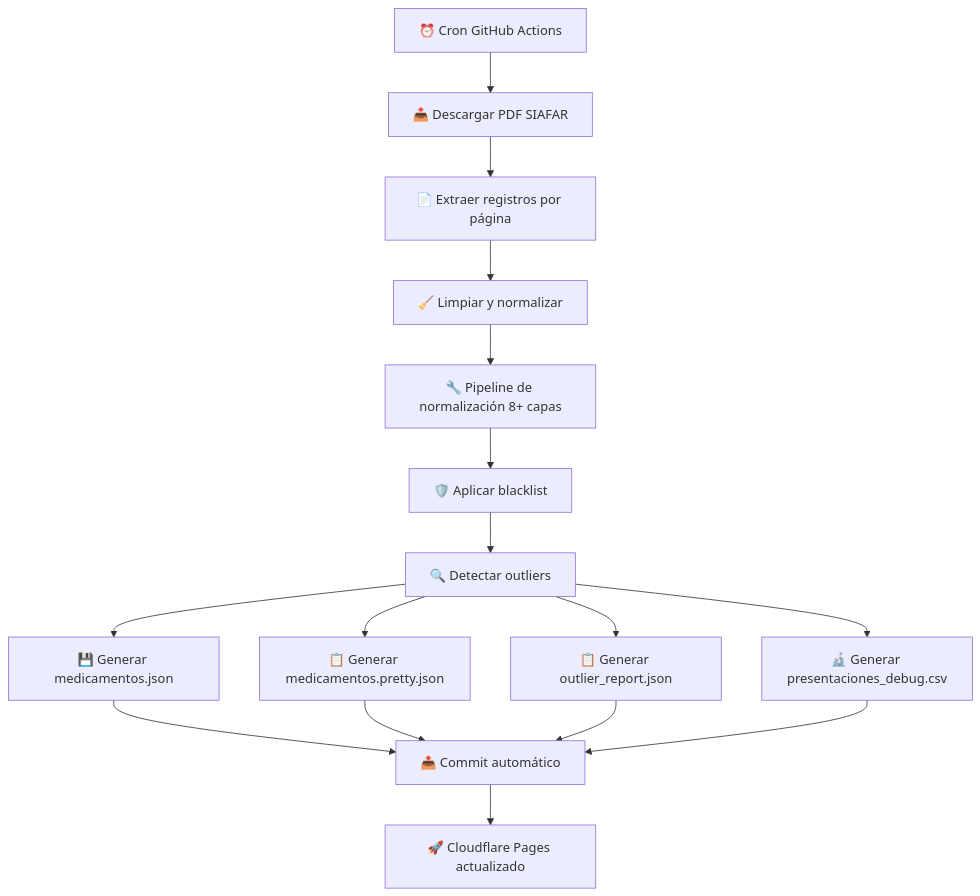
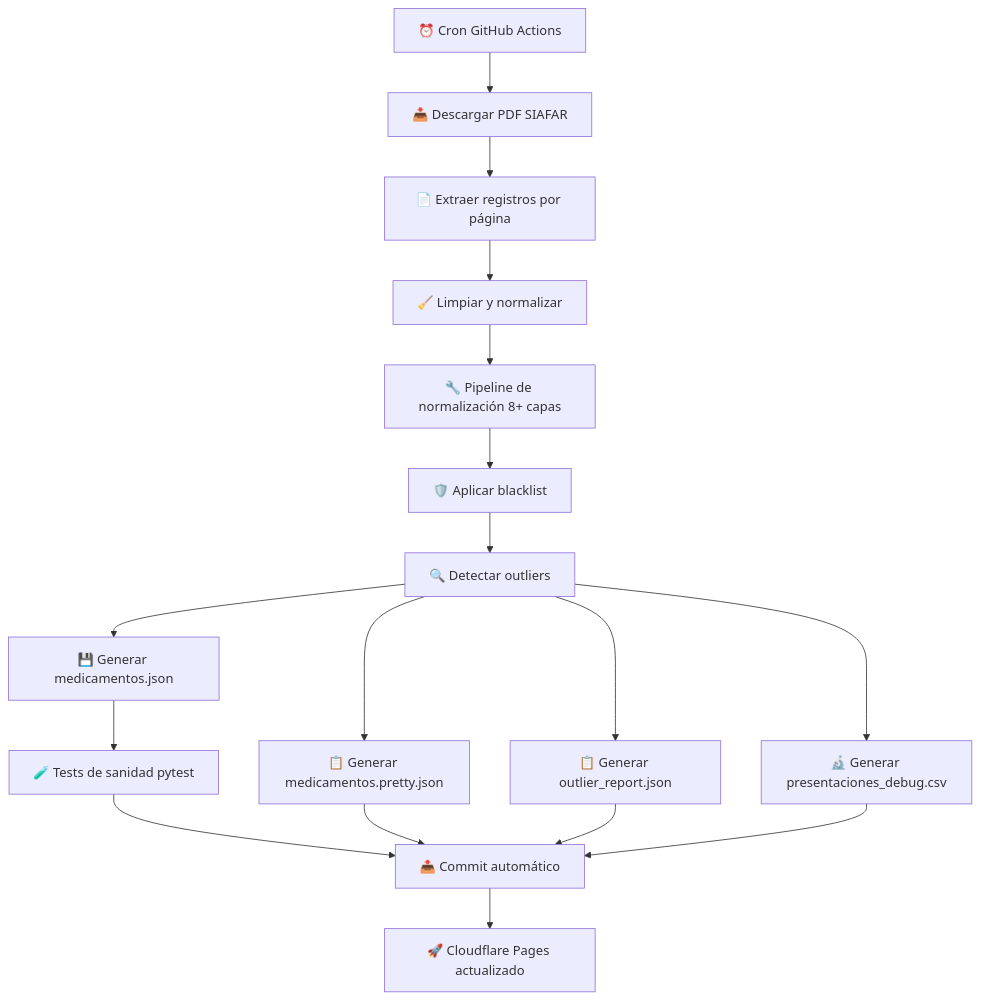
One commit to psbella/remediar changed the second of 9 diagrams in README.md. Above: the diagram before and after it, drawn with Mermaid. The commit also changed other lines of this file, not shown here.

First line of the commit message:
docs: health check tests and update README

````diff
--- a/README.md
+++ b/README.md
@@ -276,33 +277,35 @@
 ```mermaid
 flowchart TD
 
     A[⏰ Cron GitHub Actions]
     B[📥 Descargar PDF SIAFAR]
     C[📄 Extraer registros por página]
     D[🧹 Limpiar y normalizar]
     N1[🔧 Pipeline de normalización 8+ capas]
     BL[🛡️ Aplicar blacklist]
     E[🔍 Detectar outliers]
     F[💾 Generar medicamentos.json]
     FP[📋 Generar medicamentos.pretty.json]
     R[📋 Generar outlier_report.json]
     CSV[🔬 Generar presentaciones_debug.csv]
+    T[🧪 Tests de sanidad pytest]
     H[📤 Commit automático]
     I[🚀 Cloudflare Pages actualizado]
 
     A --> B
     B --> C
     C --> D
     D --> N1
     N1 --> BL
     BL --> E
     E --> F
     E --> FP
     E --> R
     E --> CSV
-    F --> H
+    F --> T
+    T --> H
     FP --> H
     R --> H
     CSV --> H
     H --> I
 ```
````
